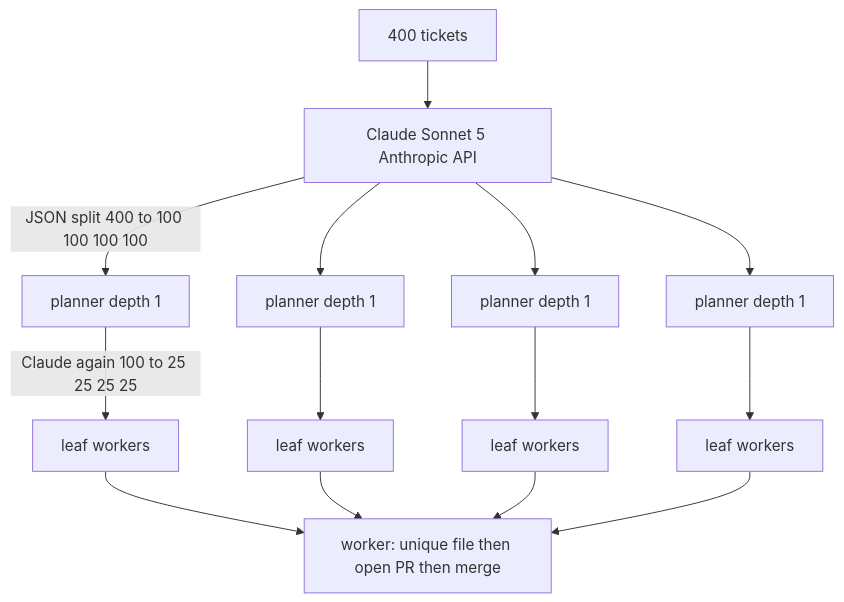
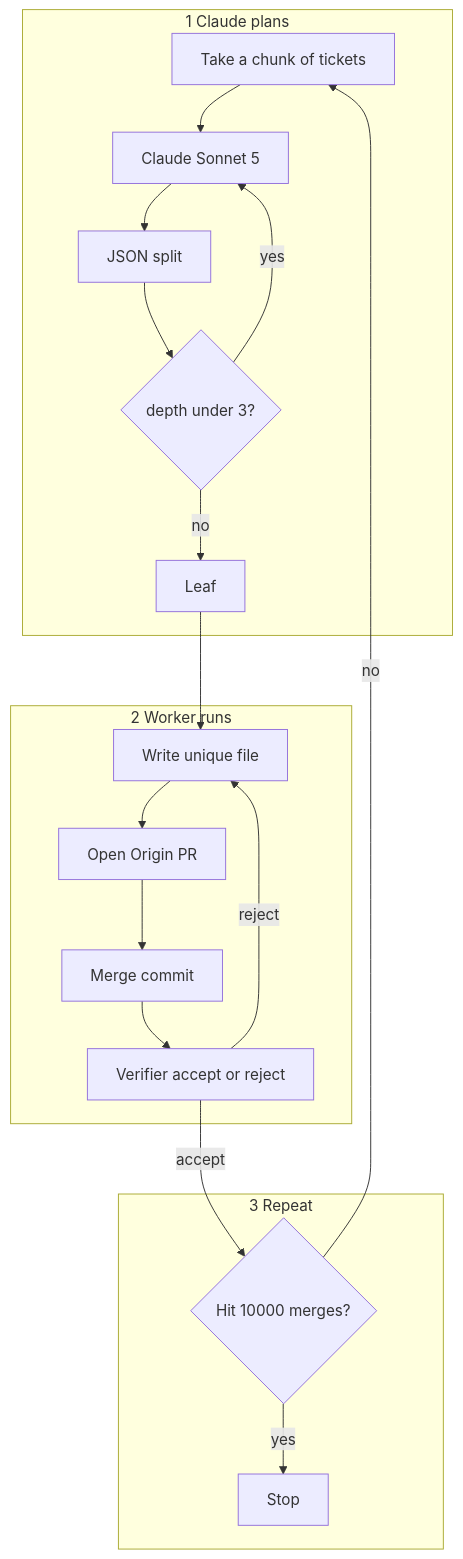
Before and after one commit to ranjan2829/Alpha-throttle-test: the diagram in README.md, drawn with Mermaid. The commit also changed other lines of this file, not shown here.

Commit message:
Redraw homepage agent flow

````diff
--- a/README.md
+++ b/README.md
@@ -30,16 +28,24 @@
 ```mermaid
 flowchart TD
-  T[400 tickets] --> C[Claude Sonnet 5 Anthropic API]
-  C -->|JSON split 400 to 100 100 100 100| P1[planner depth 1]
-  C --> P2[planner depth 1]
-  C --> P3[planner depth 1]
-  C --> P4[planner depth 1]
-  P1 -->|Claude again 100 to 25 25 25 25| L1[leaf workers]
-  P2 --> L2[leaf workers]
-  P3 --> L3[leaf workers]
-  P4 --> L4[leaf workers]
-  L1 --> W[worker: unique file then open PR then merge]
-  L2 --> W
-  L3 --> W
-  L4 --> W
+  subgraph plan [1 Claude plans]
+    A[Take a chunk of tickets] --> B[Claude Sonnet 5]
+    B --> C[JSON split]
+    C --> D{depth under 3?}
+    D -->|yes| B
+    D -->|no| E[Leaf]
+  end
+
+  subgraph work [2 Worker runs]
+    E --> F[Write unique file]
+    F --> G[Open Origin PR]
+    G --> H[Merge commit]
+    H --> I[Verifier accept or reject]
+    I -->|reject| F
+  end
+
+  subgraph loop [3 Repeat]
+    I -->|accept| J{Hit 10000 merges?}
+    J -->|no| A
+    J -->|yes| K[Stop]
+  end
 ```
````
